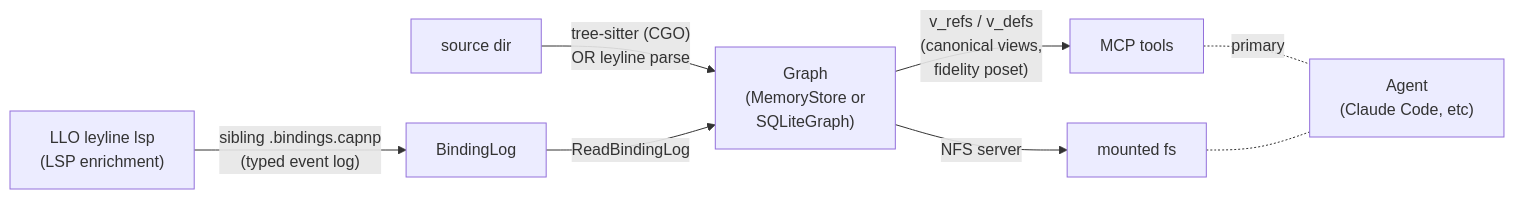
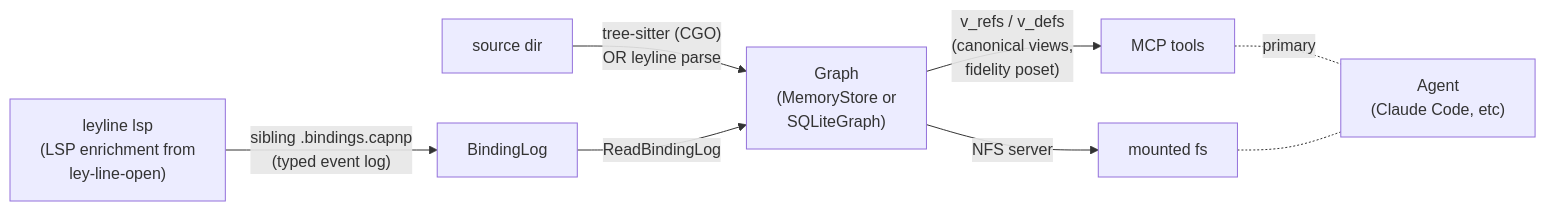
One commit to agentic-research/mache changed the diagram in README.md. Above: the diagram before and after it, drawn with Mermaid. The commit also changed other lines of this file and 6 other files, not shown here.

````diff
--- a/README.md
+++ b/README.md
@@ -30,10 +30,10 @@
 ```mermaid
 flowchart LR
     Source["source dir"] -->|"tree-sitter (CGO)<br/>OR leyline parse"| Graph
-    LSP["LLO leyline lsp<br/>(LSP enrichment)"] -->|"sibling .bindings.capnp<br/>(typed event log)"| BindingLog
+    LSP["leyline lsp<br/>(LSP enrichment from<br/>ley-line-open)"] -->|"sibling .bindings.capnp<br/>(typed event log)"| BindingLog
     BindingLog -->|"ReadBindingLog"| Graph["Graph<br/>(MemoryStore or<br/>SQLiteGraph)"]
     Graph -->|"v_refs / v_defs<br/>(canonical views,<br/>fidelity poset)"| MCP["MCP tools"]
     Graph -->|"NFS server"| FS["mounted fs"]
     MCP -. "primary" .- Agent["Agent<br/>(Claude Code, etc)"]
     FS -.- Agent
 ```
````
